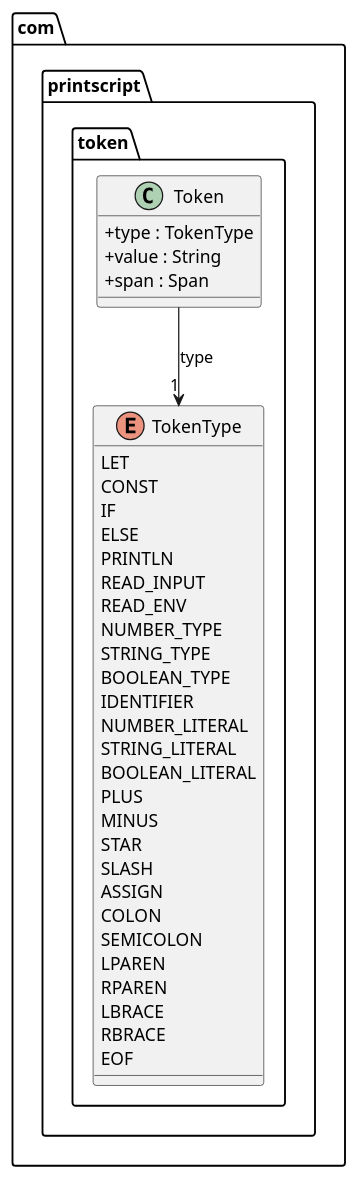
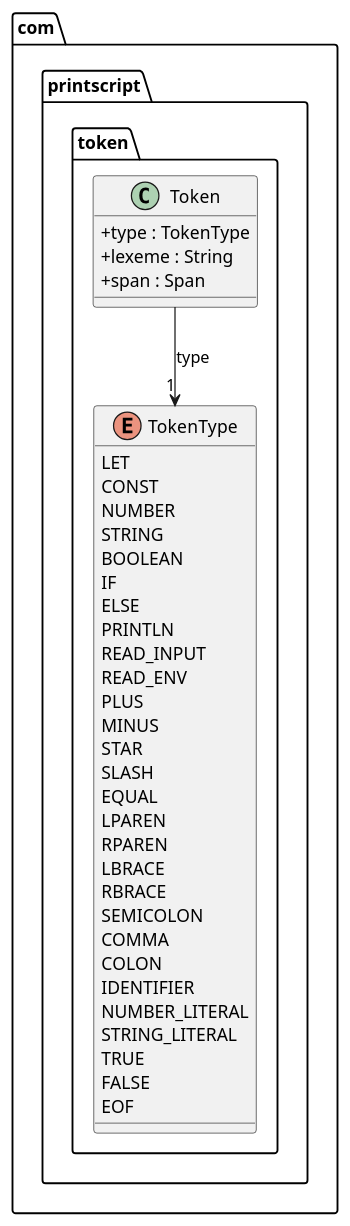
One commit to IngsisMac/printscript changed the diagram in docs/diagrams/token.puml. Above: the diagram before and after it, drawn with PlantUML. The commit also changed 10 other files, not shown here.

Commit message:
updated diagrams

```diff
--- a/docs/diagrams/token.puml
+++ b/docs/diagrams/token.puml
@@ -1,44 +1,46 @@
 @startuml
 skinparam classAttributeIconSize 0
 
 package "com.printscript.token" {
 
     enum TokenType {
         LET
         CONST
+        NUMBER
+        STRING
+        BOOLEAN
         IF
         ELSE
         PRINTLN
         READ_INPUT
         READ_ENV
-        NUMBER_TYPE
-        STRING_TYPE
-        BOOLEAN_TYPE
-        IDENTIFIER
-        NUMBER_LITERAL
-        STRING_LITERAL
-        BOOLEAN_LITERAL
         PLUS
         MINUS
         STAR
         SLASH
-        ASSIGN
-        COLON
-        SEMICOLON
+        EQUAL
         LPAREN
         RPAREN
         LBRACE
         RBRACE
+        SEMICOLON
+        COMMA
+        COLON
+        IDENTIFIER
+        NUMBER_LITERAL
+        STRING_LITERAL
+        TRUE
+        FALSE
         EOF
     }
 
     class Token {
         + type : TokenType
-        + value : String
+        + lexeme : String
         + span : Span
     }
 
     Token --> "1" TokenType : type
 }
 
 @enduml
```
